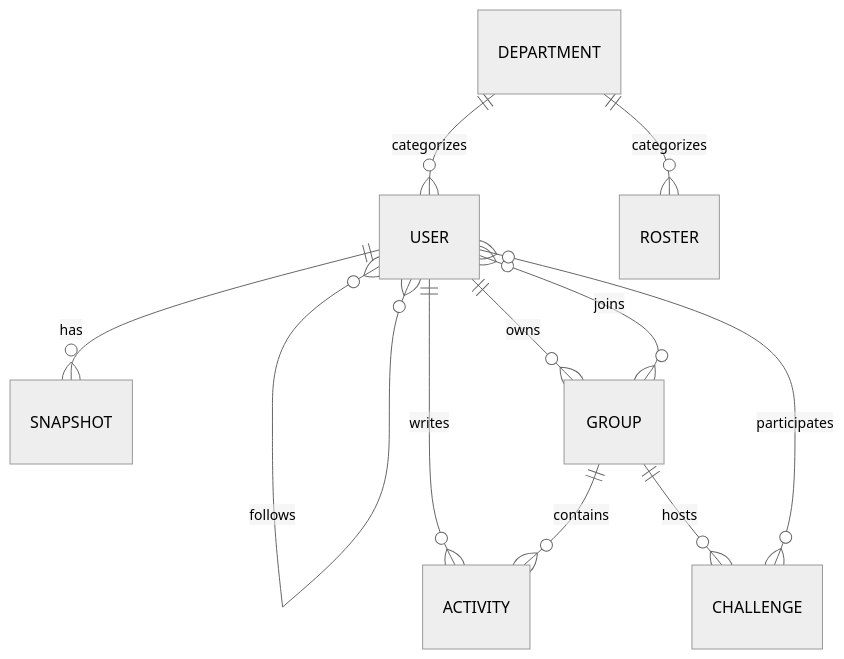
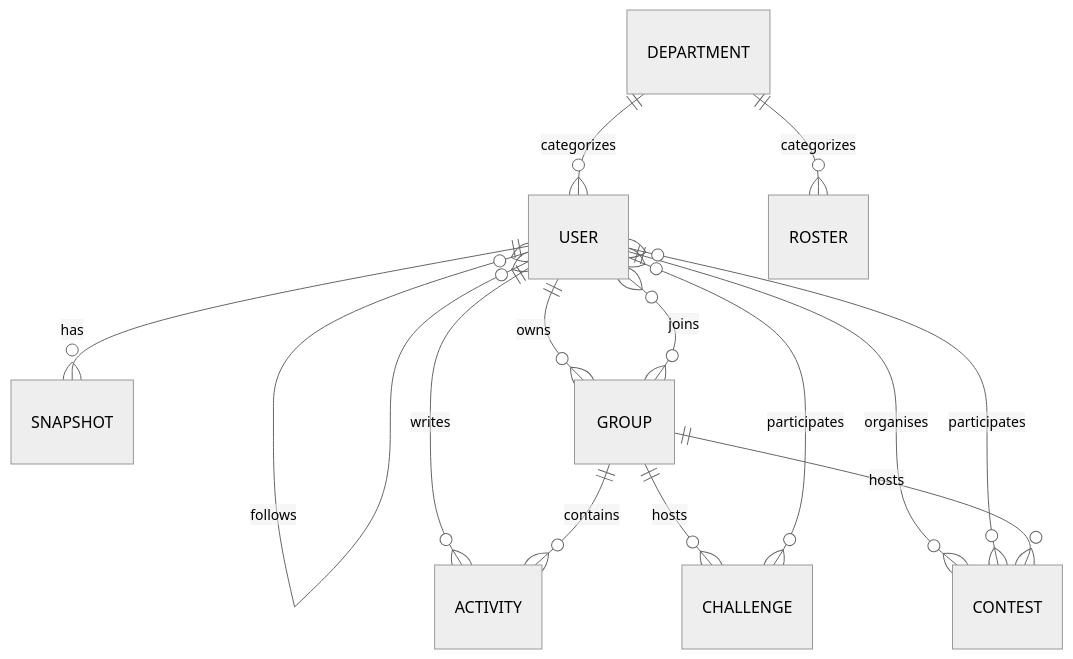
One commit to k-karthik-pai/LeetTrack changed the diagram in docs/DATABASE.md. Above: the diagram before and after it, drawn with Mermaid (neutral theme). The commit also changed other lines of this file and 6 other files, not shown here.

````diff
--- a/docs/DATABASE.md
+++ b/docs/DATABASE.md
@@ -5,13 +5,16 @@
 ```mermaid
 erDiagram
     USER ||--o{ SNAPSHOT : has
     USER }o--o{ USER : follows
     USER ||--o{ GROUP : owns
     USER }o--o{ GROUP : joins
     USER ||--o{ ACTIVITY : writes
     GROUP ||--o{ ACTIVITY : contains
     GROUP ||--o{ CHALLENGE : hosts
     USER }o--o{ CHALLENGE : participates
+    USER ||--o{ CONTEST : organises
+    USER }o--o{ CONTEST : participates
+    GROUP ||--o{ CONTEST : hosts
     DEPARTMENT ||--o{ USER : categorizes
     DEPARTMENT ||--o{ ROSTER : categorizes
 ```
````
